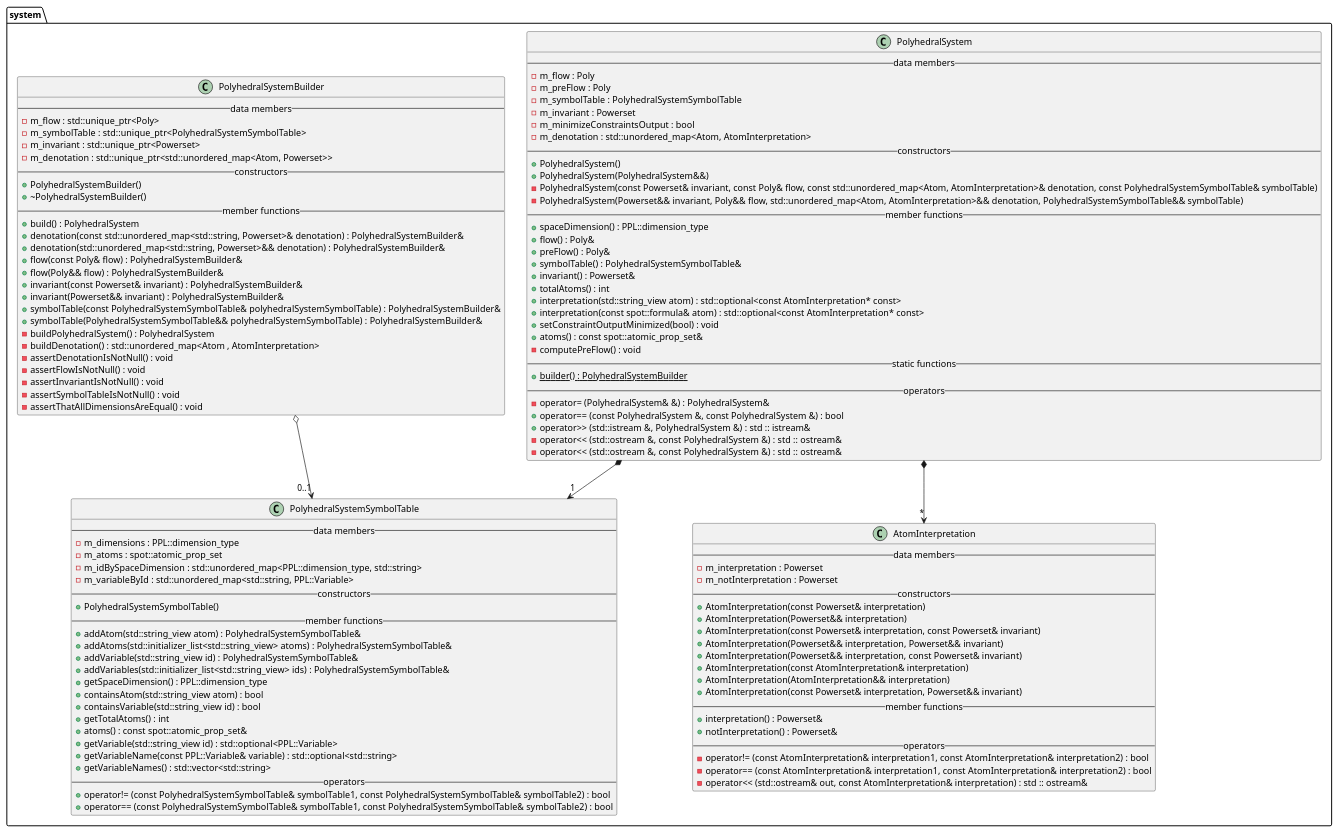
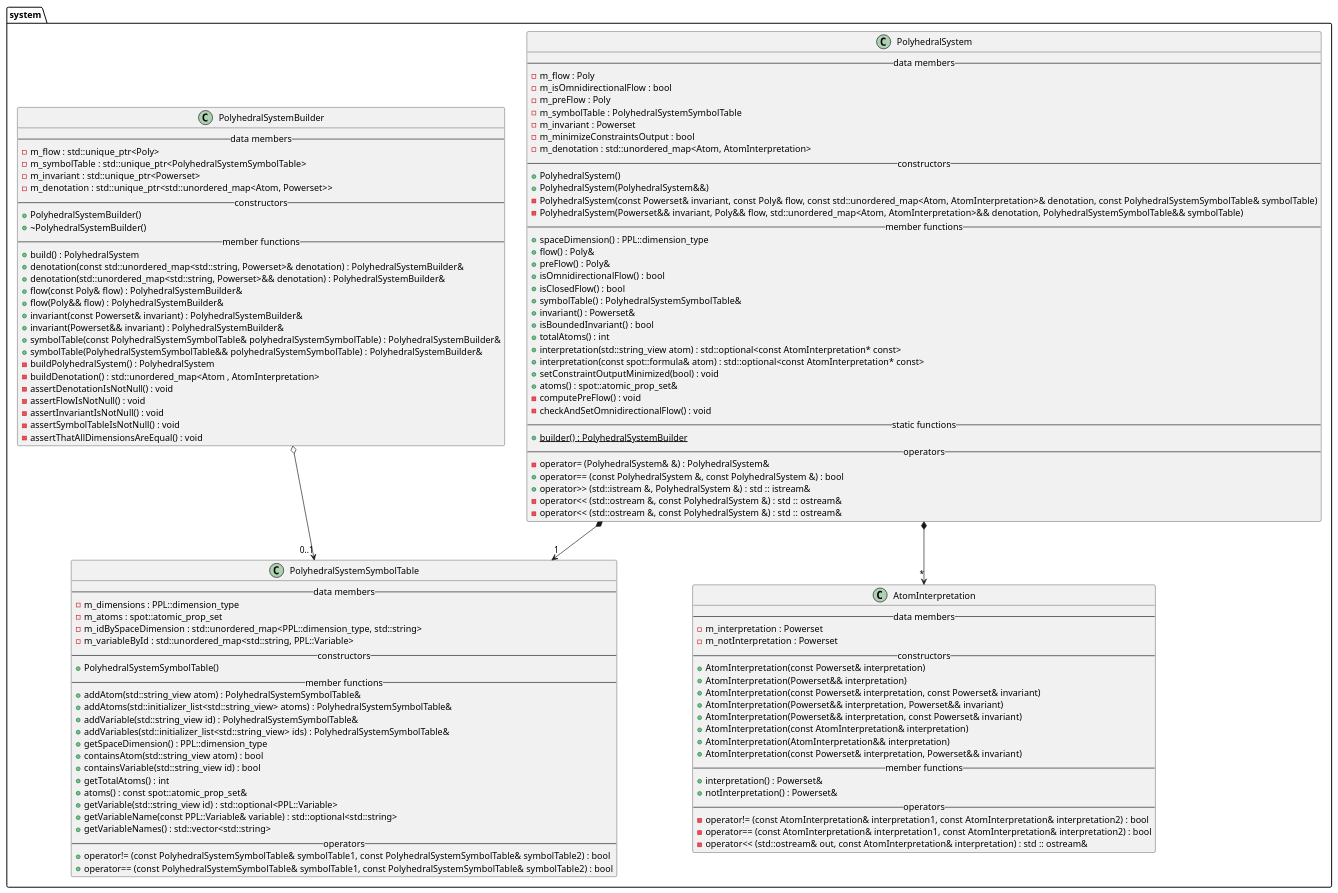
One commit to vtramo/rtl-mc changed the diagram in docs/plantuml/system.puml. Above: the diagram before and after it, drawn with PlantUML. The commit also changed 2 other files, not shown here.

Commit message:
feat: add isOmidirectionaFlow, isClosedFlow, isBoundedInvariant methods in PolyhedralSystem

```diff
--- a/docs/plantuml/system.puml
+++ b/docs/plantuml/system.puml
@@ -1,118 +1,123 @@
 @startuml
 package system {
     class AtomInterpretation {
         --data members--
         -m_interpretation : Powerset
         -m_notInterpretation : Powerset
         --constructors--
         +AtomInterpretation(const Powerset& interpretation)
         +AtomInterpretation(Powerset&& interpretation)
         +AtomInterpretation(const Powerset& interpretation, const Powerset& invariant)
         +AtomInterpretation(Powerset&& interpretation, Powerset&& invariant)
         +AtomInterpretation(Powerset&& interpretation, const Powerset& invariant)
         +AtomInterpretation(const AtomInterpretation& interpretation)
         +AtomInterpretation(AtomInterpretation&& interpretation)
         +AtomInterpretation(const Powerset& interpretation, Powerset&& invariant)
         --member functions--
         +interpretation() : Powerset&
         +notInterpretation() : Powerset&
         --operators--
         -operator!= (const AtomInterpretation& interpretation1, const AtomInterpretation& interpretation2) : bool
         -operator== (const AtomInterpretation& interpretation1, const AtomInterpretation& interpretation2) : bool
         -operator<< (std::ostream& out, const AtomInterpretation& interpretation) : std :: ostream&
     }
 
     class PolyhedralSystem {
         --data members--
         -m_flow : Poly
+        -m_isOmnidirectionalFlow : bool
         -m_preFlow : Poly
         -m_symbolTable : PolyhedralSystemSymbolTable
         -m_invariant : Powerset
         -m_minimizeConstraintsOutput : bool
         -m_denotation : std::unordered_map<Atom, AtomInterpretation>
         --constructors--
         +PolyhedralSystem()
         +PolyhedralSystem(PolyhedralSystem&&)
         -PolyhedralSystem(const Powerset& invariant, const Poly& flow, const std::unordered_map<Atom, AtomInterpretation>& denotation, const PolyhedralSystemSymbolTable& symbolTable)
         -PolyhedralSystem(Powerset&& invariant, Poly&& flow, std::unordered_map<Atom, AtomInterpretation>&& denotation, PolyhedralSystemSymbolTable&& symbolTable)
         --member functions--
         +spaceDimension() : PPL::dimension_type
         +flow() : Poly&
         +preFlow() : Poly&
+        +isOmnidirectionalFlow() : bool
+        +isClosedFlow() : bool
         +symbolTable() : PolyhedralSystemSymbolTable&
         +invariant() : Powerset&
+        +isBoundedInvariant() : bool
         +totalAtoms() : int
         +interpretation(std::string_view atom) : std::optional<const AtomInterpretation* const>
         +interpretation(const spot::formula& atom) : std::optional<const AtomInterpretation* const>
         +setConstraintOutputMinimized(bool) : void
-        +atoms() : const spot::atomic_prop_set&
+        +atoms() : spot::atomic_prop_set&
         -computePreFlow() : void
+        -checkAndSetOmnidirectionalFlow() : void
         --static functions--
         +{static} builder() : PolyhedralSystemBuilder
         --operators--
         -operator= (PolyhedralSystem& &) : PolyhedralSystem&
         +operator== (const PolyhedralSystem &, const PolyhedralSystem &) : bool
         +operator>> (std::istream &, PolyhedralSystem &) : std :: istream&
         -operator<< (std::ostream &, const PolyhedralSystem &) : std :: ostream&
         -operator<< (std::ostream &, const PolyhedralSystem &) : std :: ostream&
     }
 
     class PolyhedralSystemBuilder {
         --data members--
         -m_flow : std::unique_ptr<Poly>
         -m_symbolTable : std::unique_ptr<PolyhedralSystemSymbolTable>
         -m_invariant : std::unique_ptr<Powerset>
         -m_denotation : std::unique_ptr<std::unordered_map<Atom, Powerset>>
         --constructors--
         +PolyhedralSystemBuilder()
         +~PolyhedralSystemBuilder()
         --member functions--
         +build() : PolyhedralSystem
         +denotation(const std::unordered_map<std::string, Powerset>& denotation) : PolyhedralSystemBuilder&
         +denotation(std::unordered_map<std::string, Powerset>&& denotation) : PolyhedralSystemBuilder&
         +flow(const Poly& flow) : PolyhedralSystemBuilder&
         +flow(Poly&& flow) : PolyhedralSystemBuilder&
         +invariant(const Powerset& invariant) : PolyhedralSystemBuilder&
         +invariant(Powerset&& invariant) : PolyhedralSystemBuilder&
         +symbolTable(const PolyhedralSystemSymbolTable& polyhedralSystemSymbolTable) : PolyhedralSystemBuilder&
         +symbolTable(PolyhedralSystemSymbolTable&& polyhedralSystemSymbolTable) : PolyhedralSystemBuilder&
         -buildPolyhedralSystem() : PolyhedralSystem
         -buildDenotation() : std::unordered_map<Atom , AtomInterpretation>
         -assertDenotationIsNotNull() : void
         -assertFlowIsNotNull() : void
         -assertInvariantIsNotNull() : void
         -assertSymbolTableIsNotNull() : void
         -assertThatAllDimensionsAreEqual() : void
     }
 
     class PolyhedralSystemSymbolTable {
         --data members--
         -m_dimensions : PPL::dimension_type
         -m_atoms : spot::atomic_prop_set
         -m_idBySpaceDimension : std::unordered_map<PPL::dimension_type, std::string>
         -m_variableById : std::unordered_map<std::string, PPL::Variable>
         --constructors--
         +PolyhedralSystemSymbolTable()
         --member functions--
         +addAtom(std::string_view atom) : PolyhedralSystemSymbolTable&
         +addAtoms(std::initializer_list<std::string_view> atoms) : PolyhedralSystemSymbolTable&
         +addVariable(std::string_view id) : PolyhedralSystemSymbolTable&
         +addVariables(std::initializer_list<std::string_view> ids) : PolyhedralSystemSymbolTable&
         +getSpaceDimension() : PPL::dimension_type
         +containsAtom(std::string_view atom) : bool
         +containsVariable(std::string_view id) : bool
         +getTotalAtoms() : int
         +atoms() : const spot::atomic_prop_set&
         +getVariable(std::string_view id) : std::optional<PPL::Variable>
         +getVariableName(const PPL::Variable& variable) : std::optional<std::string>
         +getVariableNames() : std::vector<std::string>
         --operators--
         +operator!= (const PolyhedralSystemSymbolTable& symbolTable1, const PolyhedralSystemSymbolTable& symbolTable2) : bool
         +operator== (const PolyhedralSystemSymbolTable& symbolTable1, const PolyhedralSystemSymbolTable& symbolTable2) : bool
     }
 
     PolyhedralSystem *-->"*" AtomInterpretation
     PolyhedralSystem *-->"1" PolyhedralSystemSymbolTable
     PolyhedralSystemBuilder o-->"0..1" PolyhedralSystemSymbolTable
 }
 @enduml
```
